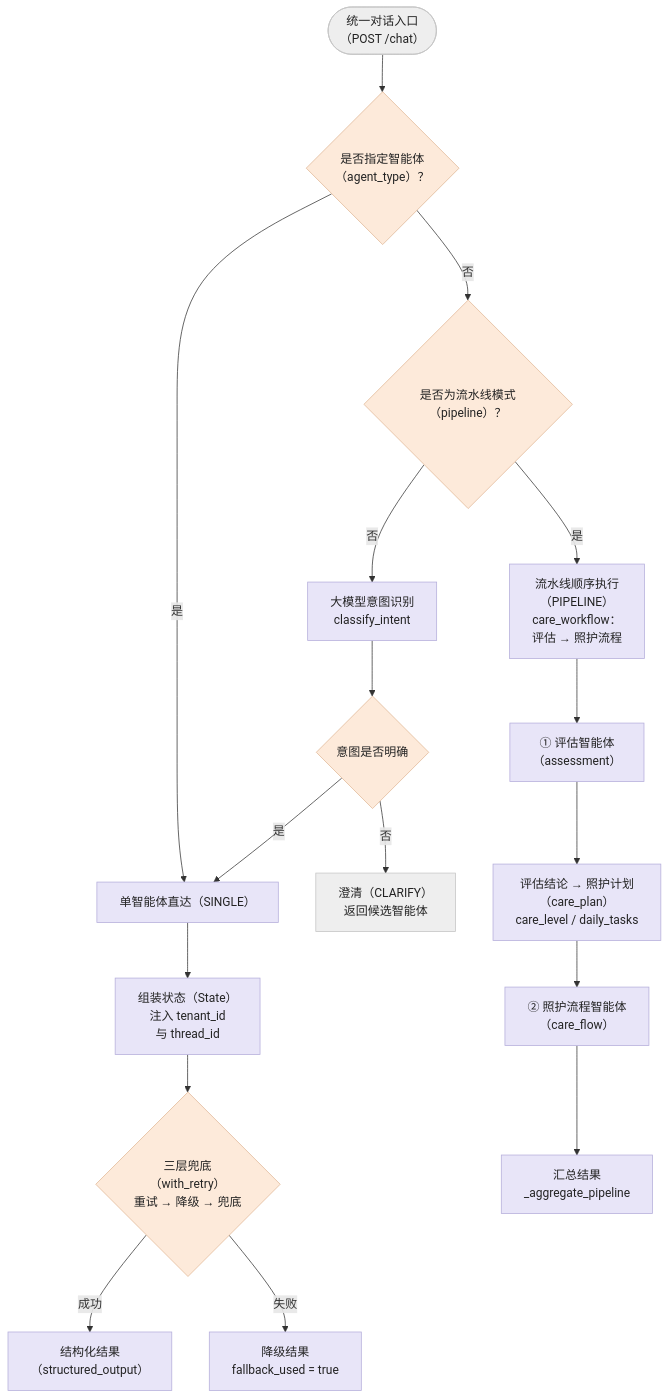
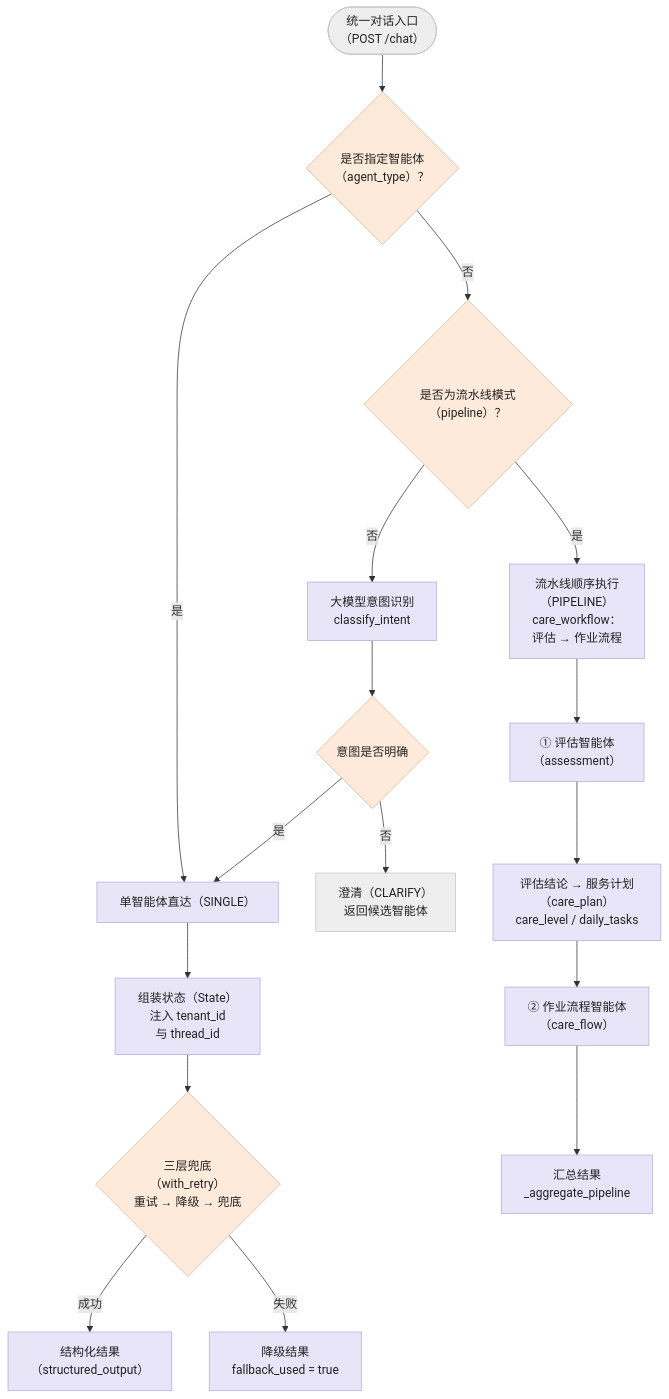
One commit to sysyan321-alt/fieldops-agent changed the second of 13 diagrams in 文档/架构流程图.md. Above: the diagram before and after it, drawn with Mermaid. The commit also changed other lines of this file and 109 other files, not shown here.

````diff
--- a/文档/架构流程图.md
+++ b/文档/架构流程图.md
@@ -111,30 +111,30 @@
 ```mermaid
 flowchart TD
     START(["统一对话入口<br/>（POST /chat）"]) --> Q1{"是否指定智能体<br/>（agent_type）？"}
     Q1 -->|"是"| SINGLE["单智能体直达（SINGLE）"]
     Q1 -->|"否"| Q2{"是否为流水线模式（pipeline）？"}
 
-    Q2 -->|"是"| PIPE["流水线顺序执行<br/>（PIPELINE）<br/>care_workflow：<br/>评估 → 照护流程"]
+    Q2 -->|"是"| PIPE["流水线顺序执行<br/>（PIPELINE）<br/>care_workflow：<br/>评估 → 作业流程"]
     Q2 -->|"否"| INTENT["大模型意图识别<br/>classify_intent"]
 
     INTENT --> Q3{"意图是否明确"}
     Q3 -->|"否"| CLARIFY["澄清（CLARIFY）<br/>返回候选智能体"]
     Q3 -->|"是"| SINGLE
 
     SINGLE --> RUN["组装状态（State）<br/>注入 tenant_id<br/>与 thread_id"]
     RUN --> RETRY{"三层兜底<br/>（with_retry）<br/>重试 → 降级 → 兜底"}
     RETRY -->|"成功"| OK["结构化结果<br/>（structured_output）"]
     RETRY -->|"失败"| FB["降级结果<br/>fallback_used = true"]
 
     PIPE --> P1["① 评估智能体<br/>（assessment）"]
-    P1 --> BRIDGE["评估结论 → 照护计划<br/>（care_plan）<br/>care_level / daily_tasks"]
-    BRIDGE --> P2["② 照护流程智能体<br/>（care_flow）"]
+    P1 --> BRIDGE["评估结论 → 服务计划<br/>（care_plan）<br/>care_level / daily_tasks"]
+    BRIDGE --> P2["② 作业流程智能体<br/>（care_flow）"]
     P2 --> AGG["汇总结果<br/>_aggregate_pipeline"]
 
     classDef proc fill:#e8e5f8,stroke:#b4adda,color:#232323
     classDef decision fill:#fdeada,stroke:#e0b795,color:#232323
     classDef term fill:#eeeeee,stroke:#c4c4c4,color:#232323
     class SINGLE,PIPE,INTENT,RUN,P1,BRIDGE,P2,AGG,OK,FB proc
     class Q1,Q2,Q3,RETRY decision
     class START,CLARIFY term
 ```
````
